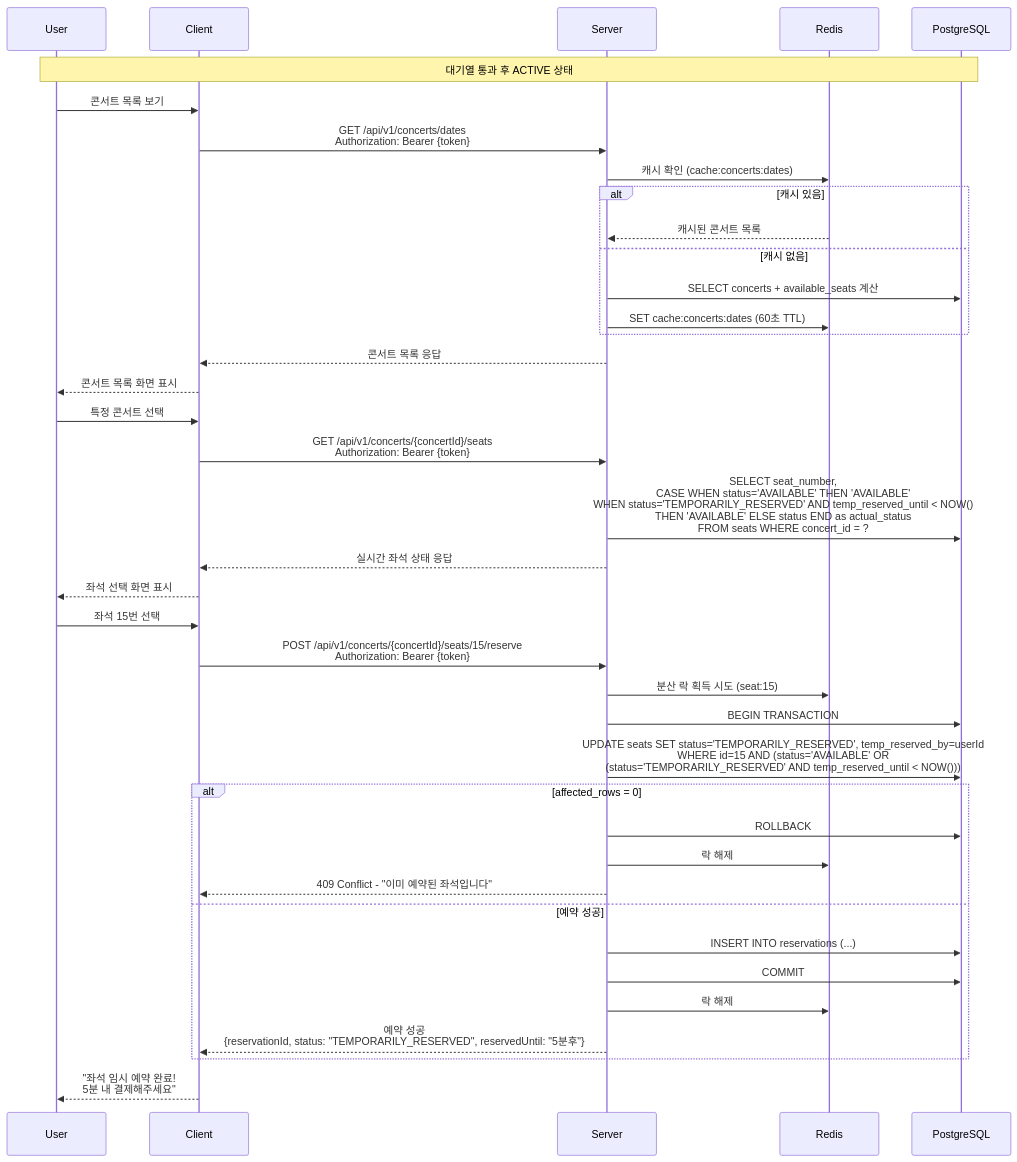
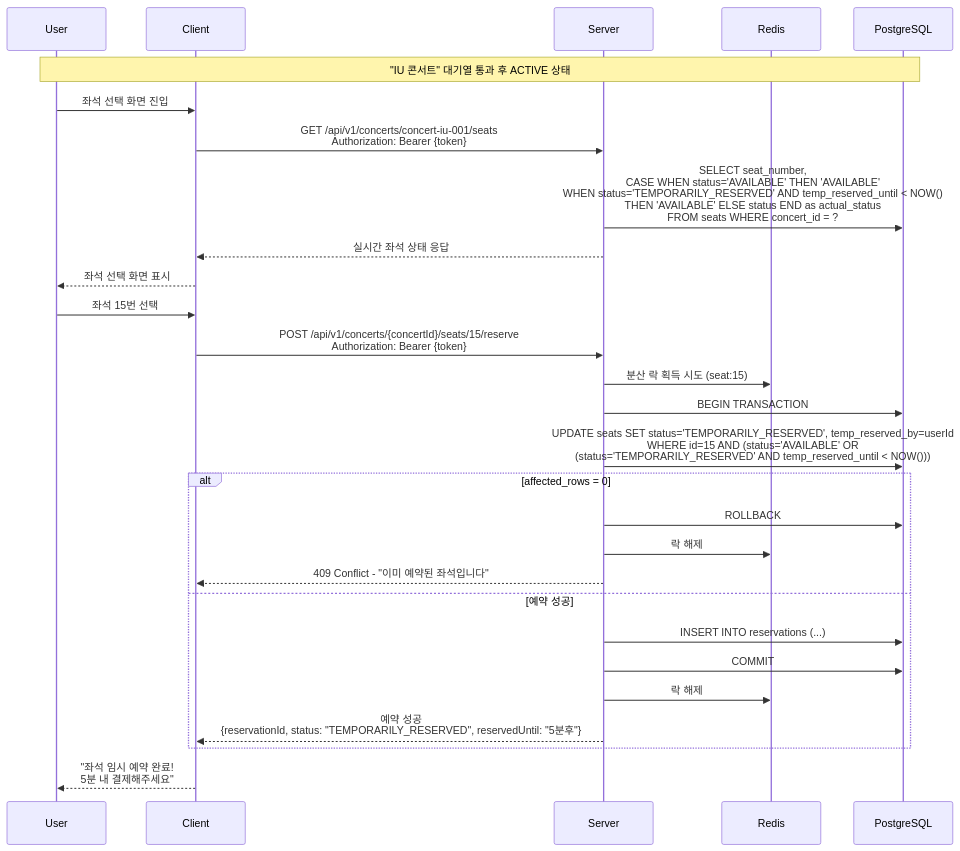
Before and after one commit to EeeasyCode/hhplus-project: the second of 7 diagrams in docs/flow.md, drawn with Mermaid. The commit also changed other lines of this file and 2 other files, not shown here.

Commit message:
docs: 코드 리뷰 반영

````diff
--- a/docs/flow.md
+++ b/docs/flow.md
@@ -58,48 +65,34 @@
 ```mermaid
 sequenceDiagram
     participant User as User
     participant Client as Client
     participant Server as Server
     participant Redis as Redis
     participant DB as PostgreSQL
 
-    Note over User,DB: 대기열 통과 후 ACTIVE 상태
+    Note over User,DB: "IU 콘서트" 대기열 통과 후 ACTIVE 상태
 
-    User->>Client: 콘서트 목록 보기
-    Client->>Server: GET /api/v1/concerts/dates<br/>Authorization: Bearer {token}
-
-    Server->>Redis: 캐시 확인 (cache:concerts:dates)
-    alt 캐시 있음
-        Redis-->>Server: 캐시된 콘서트 목록
-    else 캐시 없음
-        Server->>DB: SELECT concerts + available_seats 계산
-        Server->>Redis: SET cache:concerts:dates (60초 TTL)
-    end
-
-    Server-->>Client: 콘서트 목록 응답
-    Client-->>User: 콘서트 목록 화면 표시
-
-    User->>Client: 특정 콘서트 선택
-    Client->>Server: GET /api/v1/concerts/{concertId}/seats<br/>Authorization: Bearer {token}
+    User->>Client: 좌석 선택 화면 진입
+    Client->>Server: GET /api/v1/concerts/concert-iu-001/seats<br/>Authorization: Bearer {token}
     Server->>DB: SELECT seat_number,<br/>CASE WHEN status='AVAILABLE' THEN 'AVAILABLE'<br/>WHEN status='TEMPORARILY_RESERVED' AND temp_reserved_until < NOW()<br/>THEN 'AVAILABLE' ELSE status END as actual_status<br/>FROM seats WHERE concert_id = ?
     Server-->>Client: 실시간 좌석 상태 응답
     Client-->>User: 좌석 선택 화면 표시
 
     User->>Client: 좌석 15번 선택
     Client->>Server: POST /api/v1/concerts/{concertId}/seats/15/reserve<br/>Authorization: Bearer {token}
 
     Server->>Redis: 분산 락 획득 시도 (seat:15)
     Server->>DB: BEGIN TRANSACTION
     Server->>DB: UPDATE seats SET status='TEMPORARILY_RESERVED', temp_reserved_by=userId<br/>WHERE id=15 AND (status='AVAILABLE' OR<br/>(status='TEMPORARILY_RESERVED' AND temp_reserved_until < NOW()))
     alt affected_rows = 0
         Server->>DB: ROLLBACK
         Server->>Redis: 락 해제
         Server-->>Client: 409 Conflict - "이미 예약된 좌석입니다"
     else 예약 성공
         Server->>DB: INSERT INTO reservations (...)
         Server->>DB: COMMIT
         Server->>Redis: 락 해제
         Server-->>Client: 예약 성공<br/>{reservationId, status: "TEMPORARILY_RESERVED", reservedUntil: "5분후"}
     end
     Client-->>User: "좌석 임시 예약 완료!<br/>5분 내 결제해주세요"
 ```
````
